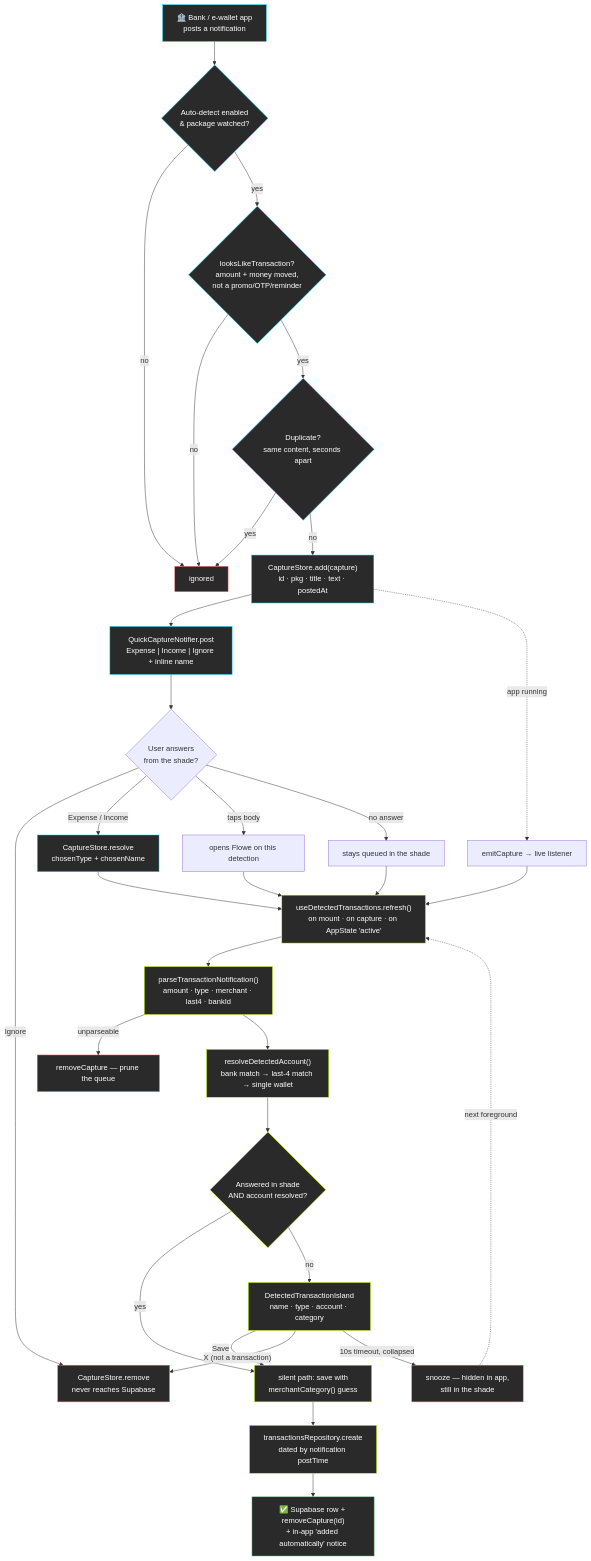
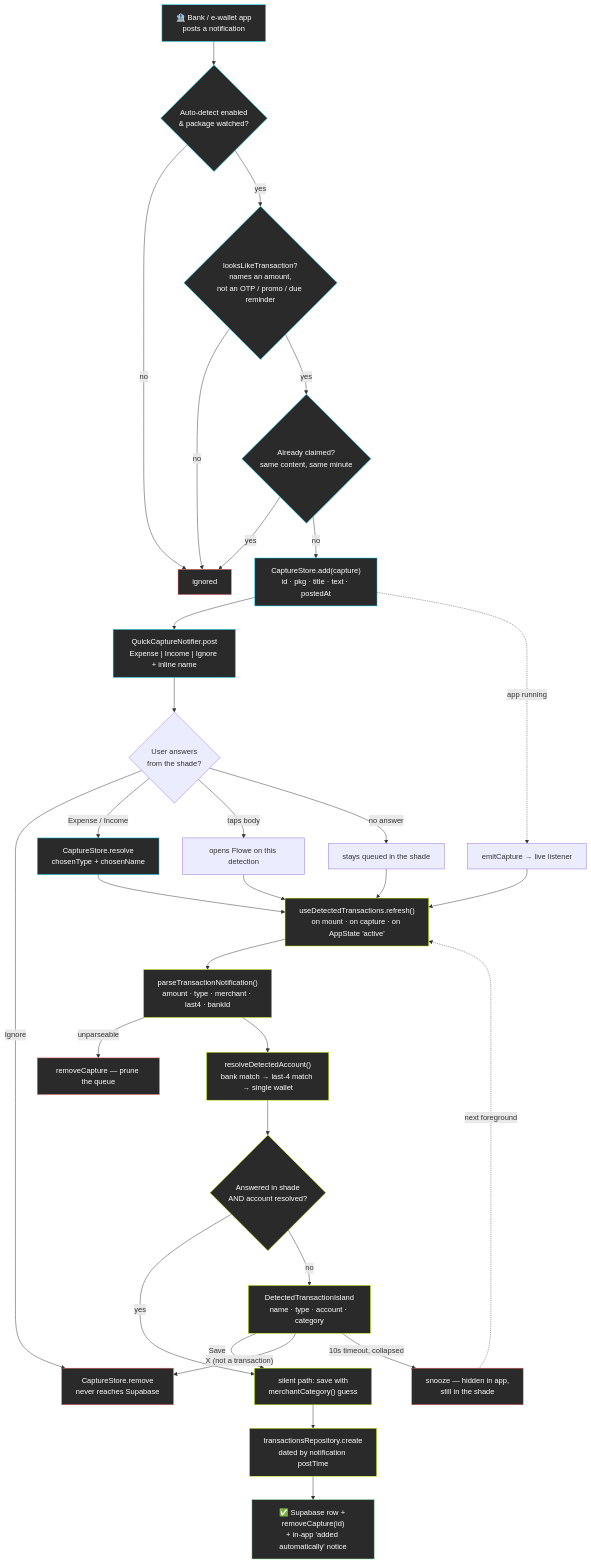
Before and after one commit to jicoon1706/flowe: the first of 4 diagrams in docs/Flowe_AutoDetect_Flow.md, drawn with Mermaid. The commit also changed other lines of this file and 46 other files, not shown here.

````diff
--- a/docs/Flowe_AutoDetect_Flow.md
+++ b/docs/Flowe_AutoDetect_Flow.md
@@ -24,49 +25,49 @@
 ```mermaid
 graph TD
     A["🏦 Bank / e-wallet app<br/>posts a notification"] --> B{"Auto-detect enabled<br/>& package watched?"}
     B -- no --> X1["ignored"]
-    B -- yes --> C{"looksLikeTransaction?<br/>amount + money moved,<br/>not a promo/OTP/reminder"}
+    B -- yes --> C{"looksLikeTransaction?<br/>names an amount,<br/>not an OTP / promo / due reminder"}
     C -- no --> X1
-    C -- yes --> D{"Duplicate?<br/>same content, seconds apart"}
+    C -- yes --> D{"Already claimed?<br/>same content, same minute"}
     D -- yes --> X1
     D -- no --> E["CaptureStore.add(capture)<br/>id · pkg · title · text · postedAt"]
 
     E --> F["QuickCaptureNotifier.post<br/>Expense | Income | Ignore + inline name"]
     E -.->|"app running"| L["emitCapture → live listener"]
 
     F --> G{"User answers<br/>from the shade?"}
     G -- "Ignore" --> H["CaptureStore.remove<br/>never reaches Supabase"]
     G -- "Expense / Income" --> I["CaptureStore.resolve<br/>chosenType + chosenName"]
     G -- "taps body" --> J["opens Flowe on this detection"]
     G -- "no answer" --> K["stays queued in the shade"]
 
     I --> M
     J --> M
     K --> M
     L --> M["useDetectedTransactions.refresh()<br/>on mount · on capture · on AppState 'active'"]
 
     M --> N["parseTransactionNotification()<br/>amount · type · merchant · last4 · bankId"]
     N -- "unparseable" --> O["removeCapture — prune the queue"]
     N --> P["resolveDetectedAccount()<br/>bank match → last-4 match → single wallet"]
 
     P --> Q{"Answered in shade<br/>AND account resolved?"}
     Q -- yes --> R["silent path: save with<br/>merchantCategory() guess"]
     Q -- no --> S["DetectedTransactionIsland<br/>name · type · account · category"]
 
     S -- "Save" --> R
     S -- "X (not a transaction)" --> H
     S -- "10s timeout, collapsed" --> T["snooze — hidden in app,<br/>still in the shade"]
     T -.->|"next foreground"| M
 
     R --> U["transactionsRepository.create<br/>dated by notification postTime"]
     U --> V["✅ Supabase row + removeCapture(id)<br/>+ in-app 'added automatically' notice"]
 
     classDef native fill:#2a2a2a,stroke:#00d4ff,color:#fff
     classDef js fill:#2a2a2a,stroke:#C5FF00,color:#fff
     classDef done fill:#2a2a2a,stroke:#6bcf7f,color:#fff
     classDef drop fill:#2a2a2a,stroke:#ff6b6b,color:#fff
     class A,B,C,D,E,F,I native
     class M,N,P,Q,S,R,U js
     class V done
     class X1,H,O,T drop
 ```
````
